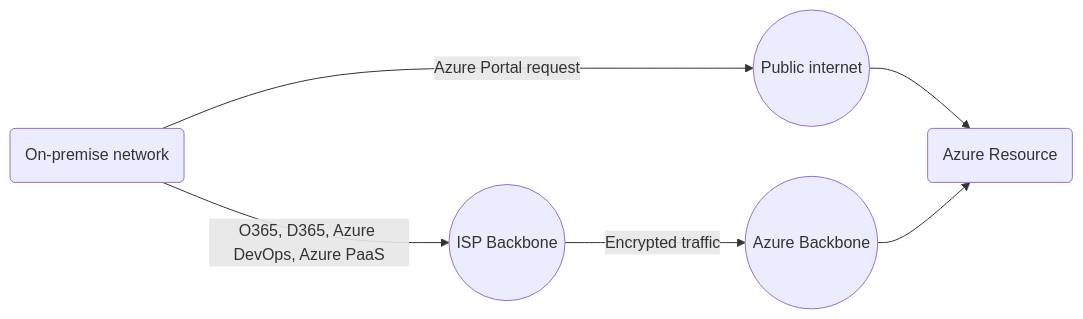
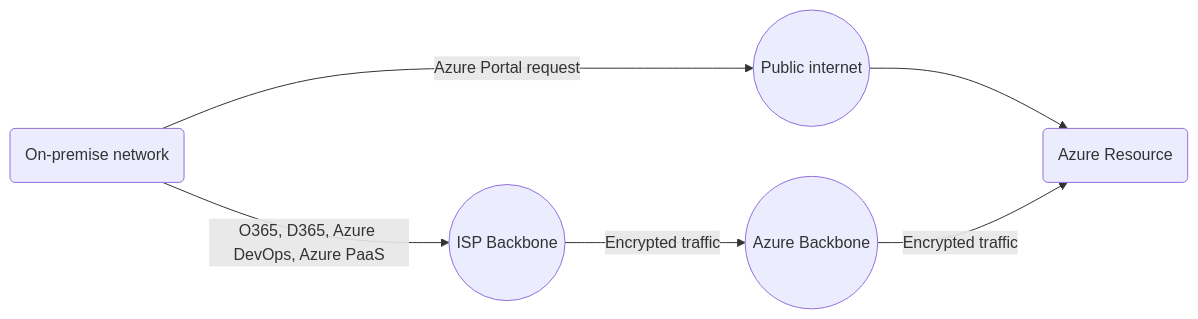
The third of 4 diagrams in Cloud - Azure/Azure Virtual Networks/ExpressRoute.md (bigtoga/Examples), drawn with Mermaid before and after one commit. The commit also changed other lines of this file, not shown here.

````diff
--- a/Cloud - Azure/Azure Virtual Networks/ExpressRoute.md
+++ b/Cloud - Azure/Azure Virtual Networks/ExpressRoute.md
@@ -72,8 +72,8 @@
 ```mermaid
 graph LR
     A(On-premise network) -- Azure Portal request --> B((Public internet))
     B --> C(Azure Resource)
     A -- O365, D365, Azure DevOps, Azure PaaS --> D((ISP Backbone))
     D -- Encrypted traffic --> E((Azure Backbone))
-    E --> C
+    E -- Encrypted traffic --> C
 ```    
````
